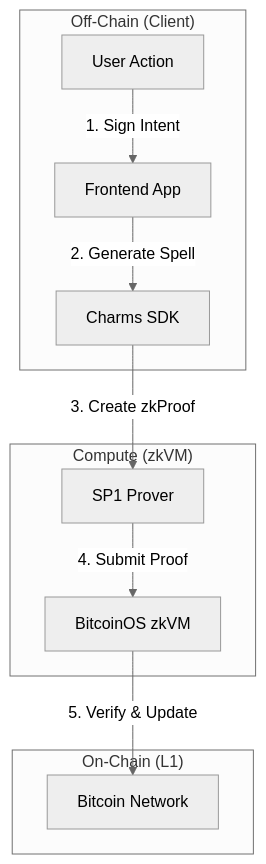
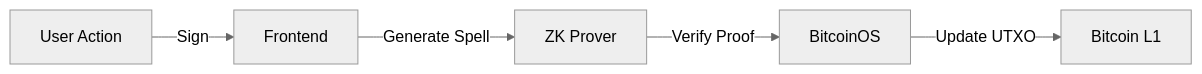
Before and after one commit to edwardtay/charm-rewards: the diagram in README.md, drawn with Mermaid (neutral theme). The commit also changed other lines of this file and 2 other files, not shown here.

Commit message:
chore: final polish - remove simulations, center UI, fix readme

````diff
--- a/README.md
+++ b/README.md
@@ -25,23 +22,7 @@
 ```mermaid
-graph TD
-    User[User Action] -->|1. Sign Intent| Client[Frontend App]
-    Client -->|2. Generate Spell| SDK[Charms SDK]
-    SDK -->|3. Create zkProof| Prover[SP1 Prover]
-    Prover -->|4. Submit Proof| BOS[BitcoinOS zkVM]
-    BOS -->|5. Verify & Update| BTC[Bitcoin Network]
-    
-    subgraph "Off-Chain (Client)"
-    User
-    Client
-    SDK
-    end
-    
-    subgraph "Compute (zkVM)"
-    Prover
-    BOS
-    end
-    
-    subgraph "On-Chain (L1)"
-    BTC
-    end
+graph LR
+    User[User Action] -->|Sign| App[Frontend]
+    App -->|Generate Spell| ZK[ZK Prover]
+    ZK -->|Verify Proof| BOS[BitcoinOS]
+    BOS -->|Update UTXO| BTC[Bitcoin L1]
 ```
````
